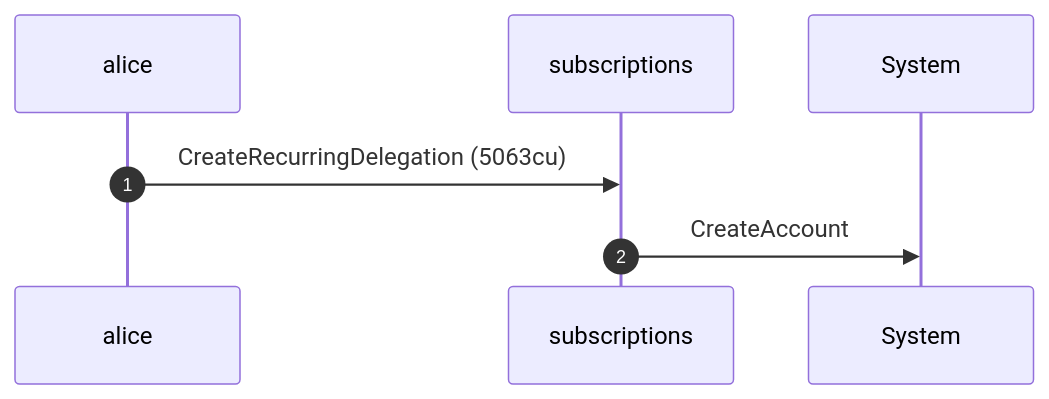
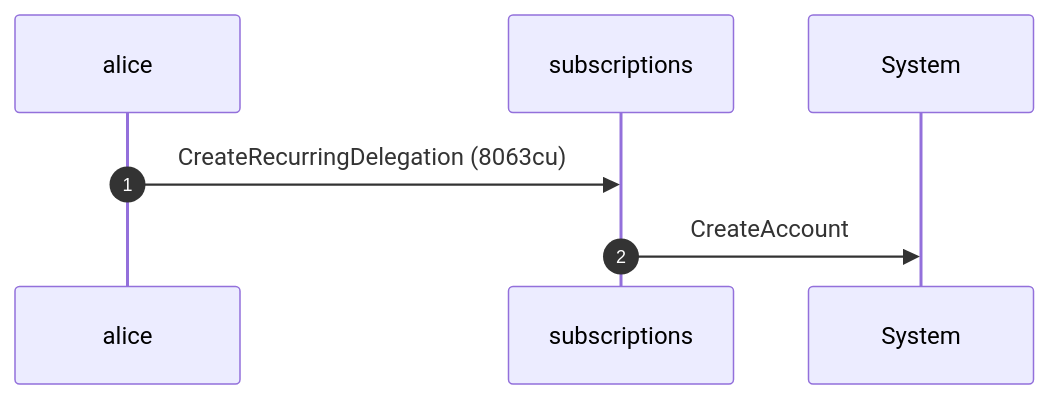
The fifth of 12 diagrams in dsl_tests/sentinel-start-begins-at-landing.md (cds-rs/subscriptions), drawn with Mermaid before and after one commit. The commit also changed other lines of this file and 224 other files, not shown here.

````diff
--- a/dsl_tests/sentinel-start-begins-at-landing.md
+++ b/dsl_tests/sentinel-start-begins-at-landing.md
@@ -106,9 +112,9 @@
 ```mermaid
 sequenceDiagram
     autonumber
     participant alice
     participant subscriptions
     participant System
-    alice ->> subscriptions: CreateRecurringDelegation (5063cu)
+    alice ->> subscriptions: CreateRecurringDelegation (8063cu)
     subscriptions ->> System: CreateAccount
 ```
````
